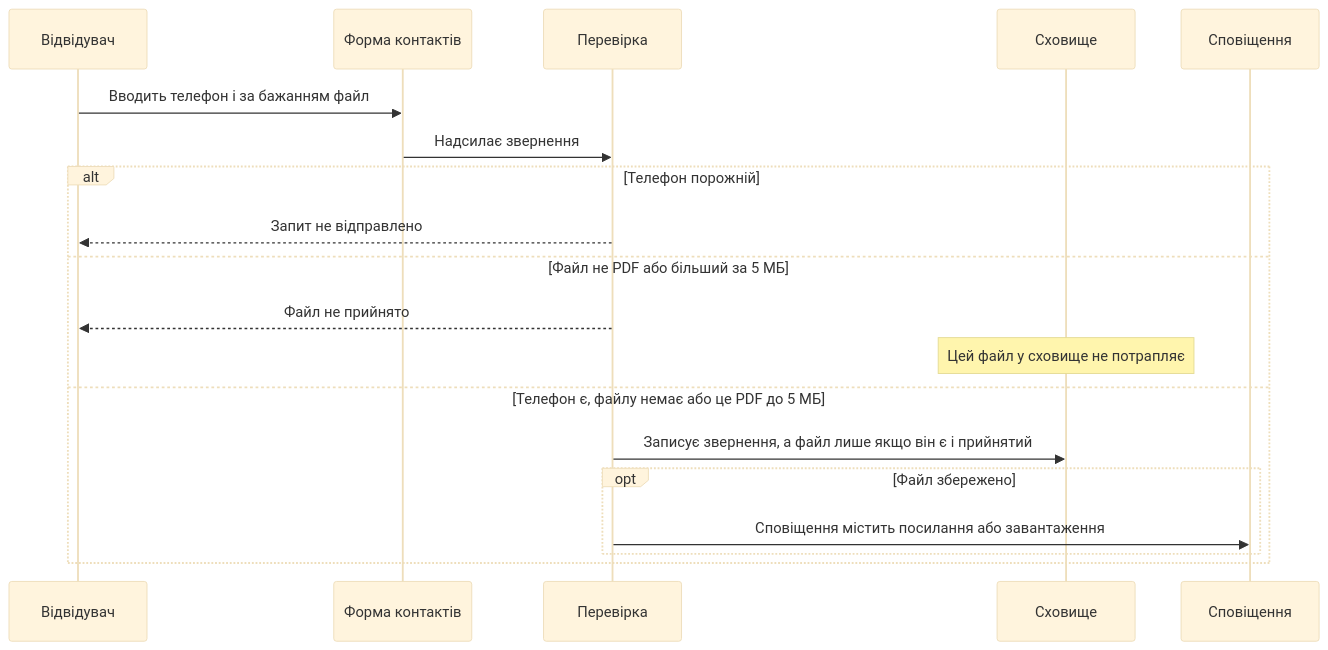
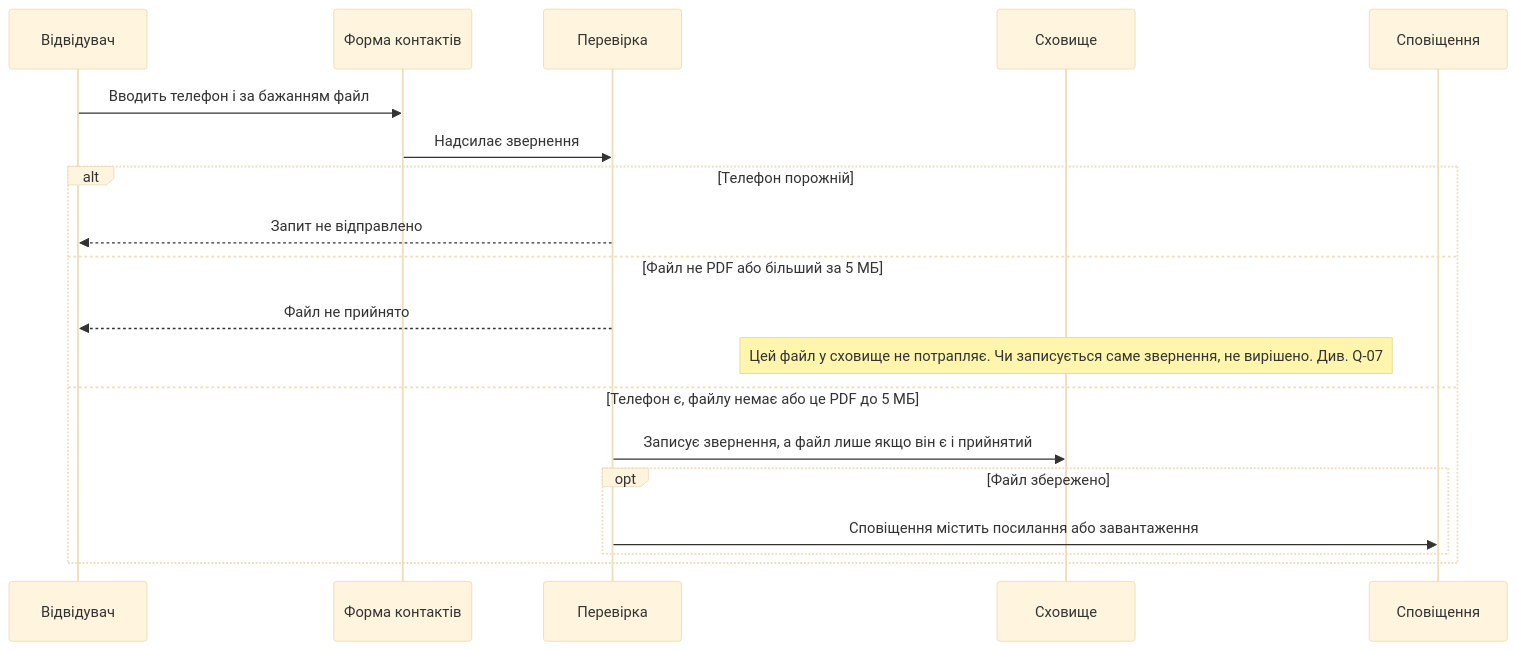
The diagram in docs/contact-form-feature.md (moskvaolena04-jpg/sdd-workshop-olena), drawn with Mermaid (base theme) before and after one commit. The commit also changed other lines of this file and 1 other file, not shown here.

````diff
--- a/docs/contact-form-feature.md
+++ b/docs/contact-form-feature.md
@@ -43,22 +43,22 @@
 ```mermaid
 sequenceDiagram
   participant Visitor as Відвідувач
   participant Form as Форма контактів
   participant Check as Перевірка
   participant Store as Сховище
   participant Mail as Сповіщення
 
   Visitor->>Form: Вводить телефон і за бажанням файл
   Form->>Check: Надсилає звернення
   alt Телефон порожній
     Check-->>Visitor: Запит не відправлено
   else Файл не PDF або більший за 5 МБ
     Check-->>Visitor: Файл не прийнято
-    Note over Store: Цей файл у сховище не потрапляє
+    Note over Store: Цей файл у сховище не потрапляє. Чи записується саме звернення, не вирішено. Див. Q-07
   else Телефон є, файлу немає або це PDF до 5 МБ
     Check->>Store: Записує звернення, а файл лише якщо він є і прийнятий
     opt Файл збережено
       Check->>Mail: Сповіщення містить посилання або завантаження
     end
   end
 ```
````
